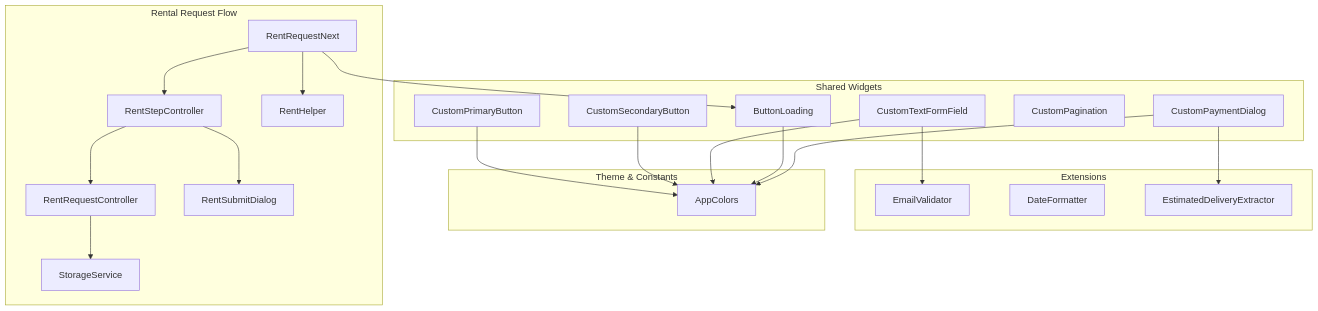
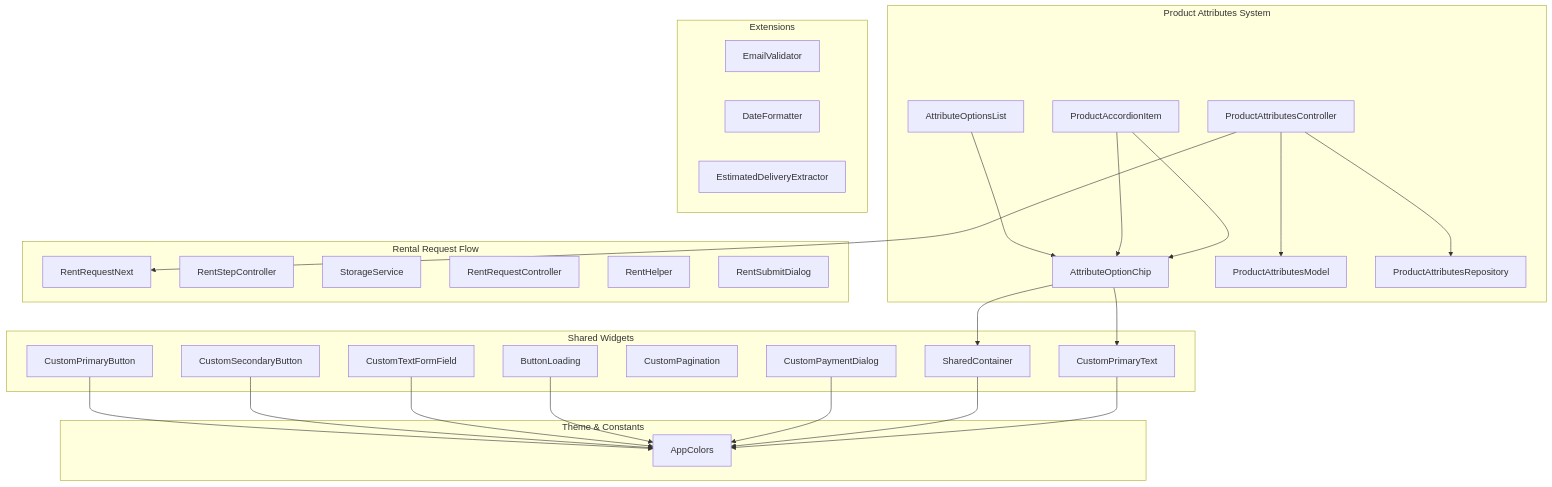
One commit to Ariful3111/FurniGo changed the first of 5 diagrams in .qoder/repowiki/en/content/Shared Components and Utilities.md. Above: the diagram before and after it, drawn with Mermaid. The commit also changed other lines of this file and 13 other files, not shown here.

````diff
--- a/.qoder/repowiki/en/content/Shared Components and Utilities.md
+++ b/.qoder/repowiki/en/content/Shared Components and Utilities.md
@@ -63,40 +76,52 @@
 ```mermaid
 graph TB
 subgraph "Shared Widgets"
 CB1["CustomPrimaryButton"]
 CB2["CustomSecondaryButton"]
 CFF["CustomTextFormField"]
 BL["ButtonLoading"]
 CP["CustomPagination"]
 CPD["CustomPaymentDialog"]
+SC["SharedContainer"]
+CPT["CustomPrimaryText"]
+end
+subgraph "Product Attributes System"
+AOC["AttributeOptionChip"]
+AOL["AttributeOptionsList"]
+PAI["ProductAccordionItem"]
+PAC["ProductAttributesController"]
+PAM["ProductAttributesModel"]
+PAR["ProductAttributesRepository"]
 end
 subgraph "Extensions"
 EV["EmailValidator"]
 DF["DateFormatter"]
 EDE["EstimatedDeliveryExtractor"]
 end
 subgraph "Theme & Constants"
 AC["AppColors"]
 end
 subgraph "Rental Request Flow"
 RNN["RentRequestNext"]
 RSC["RentStepController"]
 SS["StorageService"]
 RC["RentRequestController"]
 RH["RentHelper"]
 RSD["RentSubmitDialog"]
 end
 CB1 --> AC
 CB2 --> AC
 CFF --> AC
 BL --> AC
 CPD --> AC
-CFF --> EV
-CPD --> EDE
-RNN --> RSC
-RNN --> BL
-RNN --> RH
-RC --> SS
-RSC --> RC
-RSC --> RSD
+SC --> AC
+CPT --> AC
+AOC --> SC
+AOC --> CPT
+AOL --> AOC
+PAI --> AOC
+PAI --> AOC
+PAC --> PAR
+PAC --> PAM
+PAC --> RNN
 ```
````
